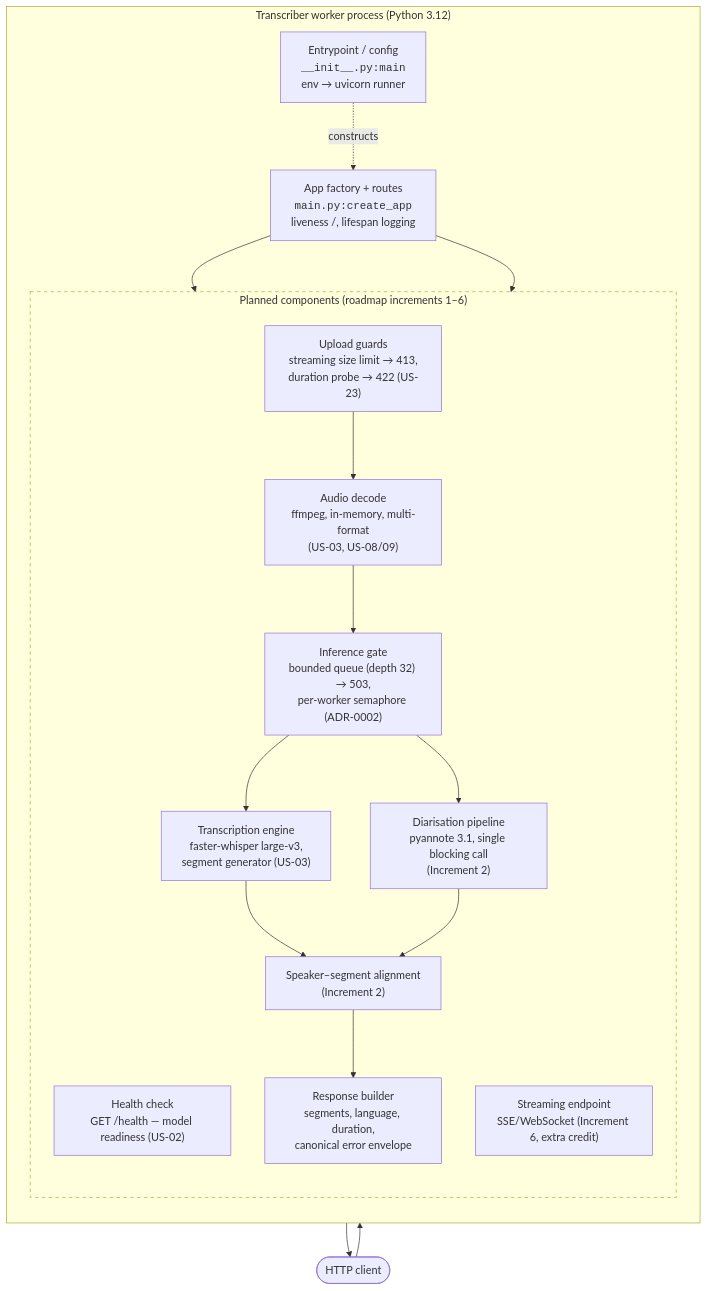
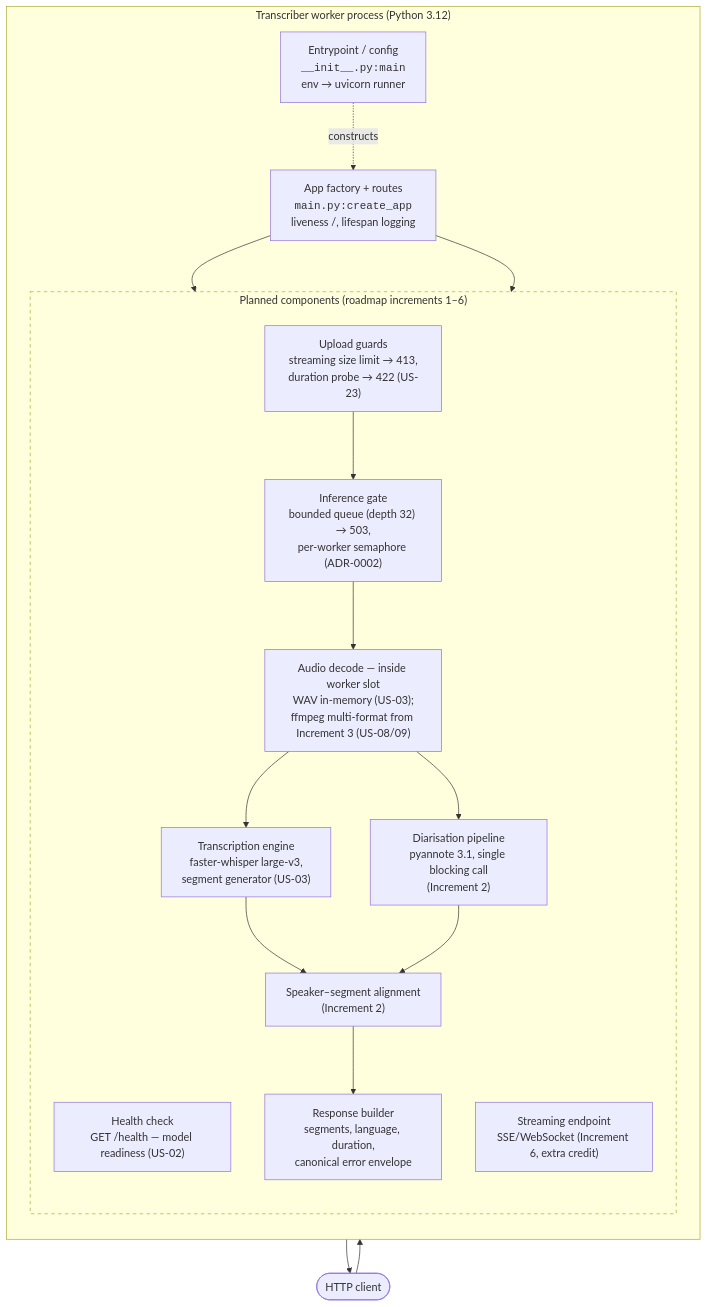
The third of 5 diagrams in docs/architecture.md (small-coding-dojo/smcd-audio-transcriber), drawn with Mermaid before and after one commit. The commit also changed other lines of this file and 1 other file, not shown here.

````diff
--- a/docs/architecture.md
+++ b/docs/architecture.md
@@ -125,38 +132,38 @@
 ```mermaid
 flowchart TB
     client([HTTP client])
 
     subgraph worker["Transcriber worker process (Python 3.12)"]
         direction TB
         entry["Entrypoint / config<br/><code>__init__.py:main</code><br/>env → uvicorn runner"]
         appf["App factory + routes<br/><code>main.py:create_app</code><br/>liveness /, lifespan logging"]
 
         subgraph planned["Planned components (roadmap increments 1–6)"]
             direction TB
             health["Health check<br/>GET /health — model readiness (US-02)"]
             limits["Upload guards<br/>streaming size limit → 413,<br/>duration probe → 422 (US-23)"]
-            decode["Audio decode<br/>ffmpeg, in-memory, multi-format<br/>(US-03, US-08/09)"]
+            decode["Audio decode — inside worker slot<br/>WAV in-memory (US-03);<br/>ffmpeg multi-format from Increment 3 (US-08/09)"]
             gate["Inference gate<br/>bounded queue (depth 32) → 503,<br/>per-worker semaphore (ADR-0002)"]
             asr["Transcription engine<br/>faster-whisper large-v3,<br/>segment generator (US-03)"]
             dia["Diarisation pipeline<br/>pyannote 3.1, single blocking call<br/>(Increment 2)"]
             align["Speaker–segment alignment<br/>(Increment 2)"]
             resp["Response builder<br/>segments, language, duration,<br/>canonical error envelope"]
             stream["Streaming endpoint<br/>SSE/WebSocket (Increment 6, extra credit)"]
         end
     end
 
     client --> appf
     appf --> health
     appf --> limits
-    limits --> decode
-    decode --> gate
-    gate --> asr
-    gate --> dia
+    limits --> gate
+    gate --> decode
+    decode --> asr
+    decode --> dia
     asr --> align
     dia --> align
     align --> resp
     resp --> client
     entry -. "constructs" .-> appf
 
     style planned fill:none,stroke-dasharray:5 5
 ```
````
